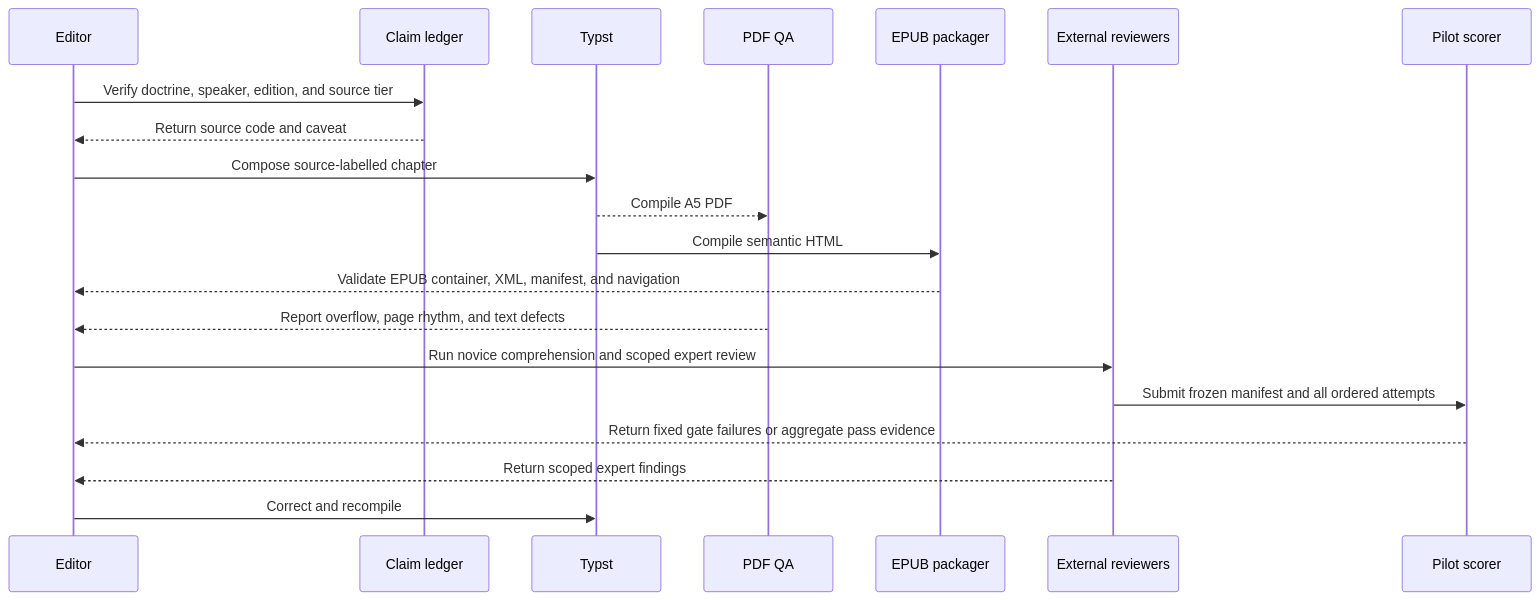
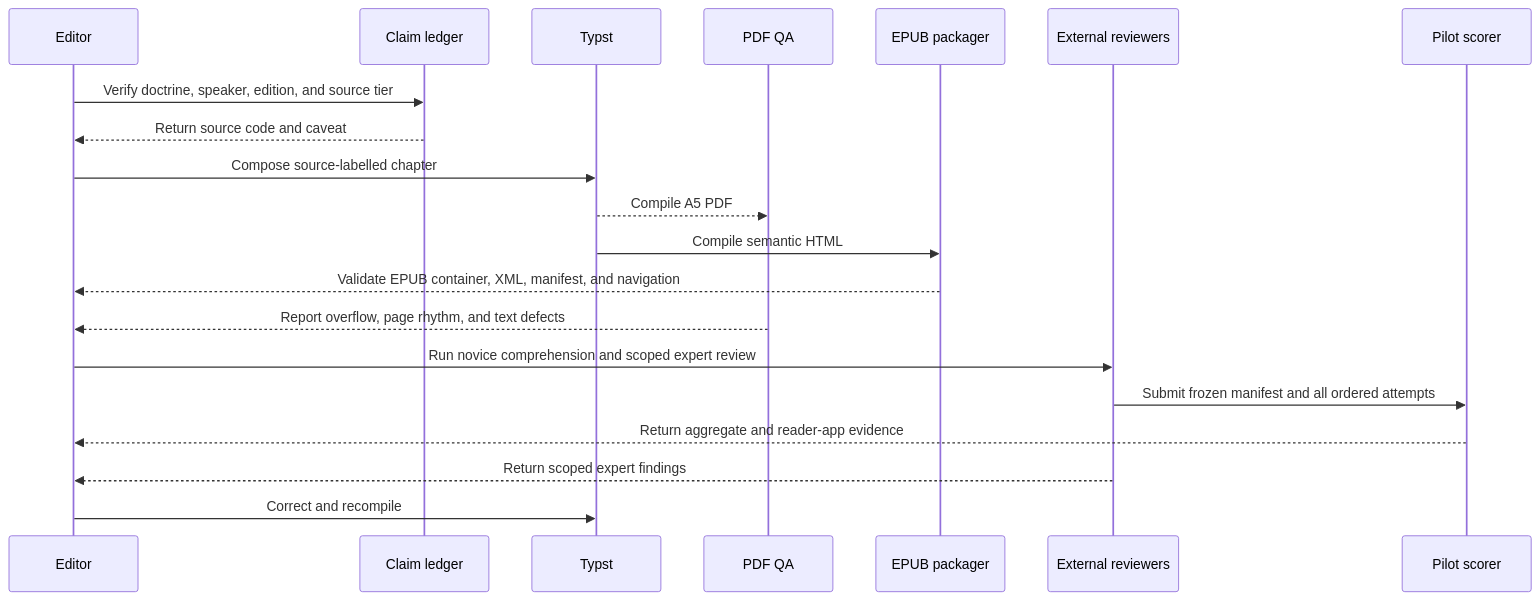
Before and after one commit to streamentry/streamentry: the third of 5 diagrams in AGENTS.md, drawn with Mermaid. The commit also changed other lines of this file and 33 other files, not shown here.

````diff
--- a/AGENTS.md
+++ b/AGENTS.md
@@ -107,22 +107,22 @@
 ```mermaid
 sequenceDiagram
   participant E as Editor
   participant L as Claim ledger
   participant T as Typst
   participant Q as PDF QA
   participant P as EPUB packager
   participant R as External reviewers
   participant S as Pilot scorer
   E->>L: Verify doctrine, speaker, edition, and source tier
   L-->>E: Return source code and caveat
   E->>T: Compose source-labelled chapter
   T-->>Q: Compile A5 PDF
   T->>P: Compile semantic HTML
   P-->>E: Validate EPUB container, XML, manifest, and navigation
   Q-->>E: Report overflow, page rhythm, and text defects
   E->>R: Run novice comprehension and scoped expert review
   R->>S: Submit frozen manifest and all ordered attempts
-  S-->>E: Return fixed gate failures or aggregate pass evidence
+  S-->>E: Return aggregate and reader-app evidence
   R-->>E: Return scoped expert findings
   E->>T: Correct and recompile
 ```
````
